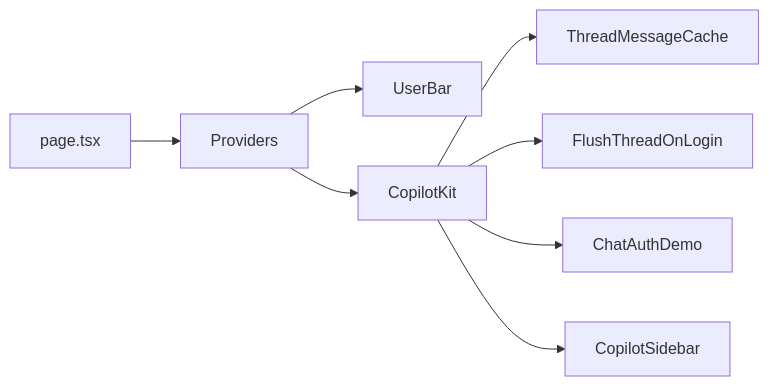
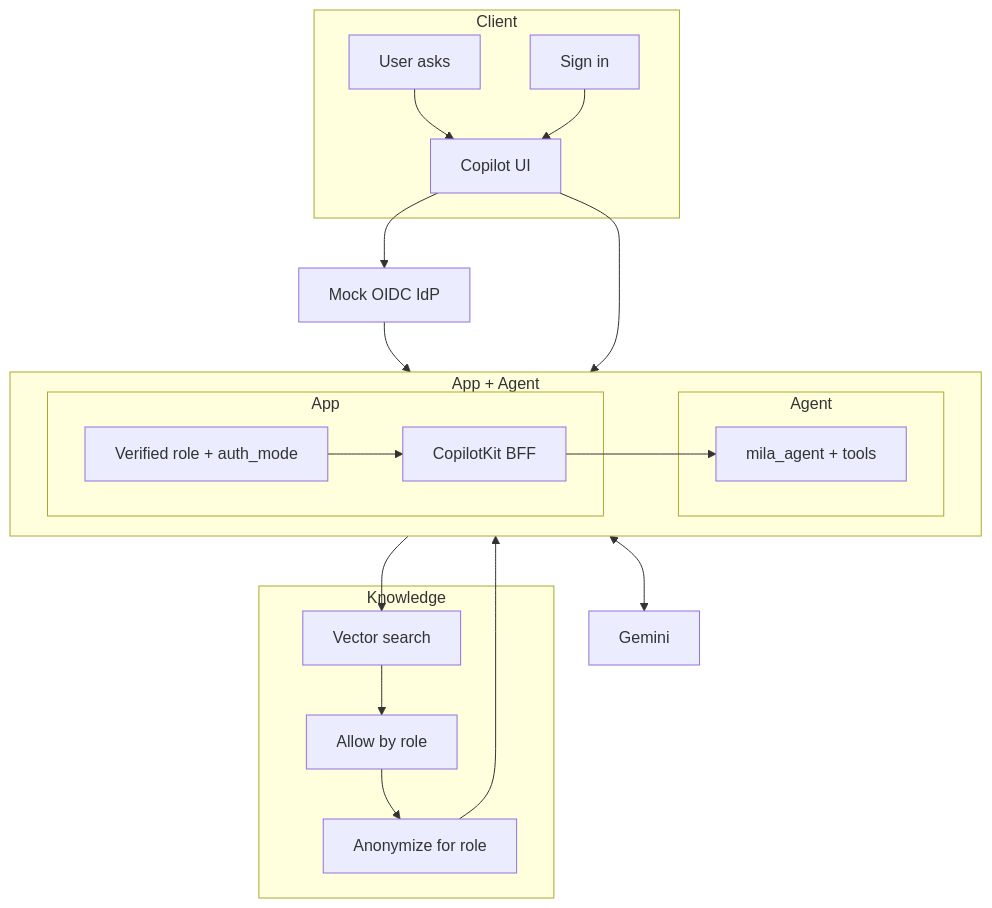
One commit to valeriangeny/mila-assistant changed the third of 3 diagrams in docs/architecture.md. Above: the diagram before and after it, drawn with Mermaid. The commit also changed other lines of this file, not shown here.

First line of the commit message:
Revise architecture documentation to clarify request path and system interactions.

````diff
--- a/docs/architecture.md
+++ b/docs/architecture.md
@@ -68,10 +62,40 @@
 ```mermaid
-flowchart LR
-  page[page.tsx] --> providers[Providers]
-  providers --> bar[UserBar]
-  providers --> ck[CopilotKit]
-  ck --> cache[ThreadMessageCache]
-  ck --> flush[FlushThreadOnLogin]
-  ck --> demo[ChatAuthDemo]
-  ck --> side[CopilotSidebar]
+flowchart TB
+  subgraph Client
+    CopilotUI[Copilot UI]
+    Ask[User asks]
+    SignIn[Sign in]
+  end
+
+  IdP[Mock OIDC IdP]
+
+  subgraph Runtime["App + Agent"]
+    direction LR
+    subgraph App
+      Session[Verified role + auth_mode]
+      CK[CopilotKit BFF]
+    end
+    subgraph Agent
+      Graph[mila_agent + tools]
+    end
+  end
+
+  subgraph Knowledge
+    Search[Vector search]
+    Gate[Allow by role]
+    Mask[Anonymize for role]
+  end
+
+  Model[Gemini]
+
+  Ask --> CopilotUI
+  SignIn --> CopilotUI
+  CopilotUI --> IdP
+  IdP --> Session
+  CopilotUI --> CK
+  Session --> CK
+  CK --> Graph
+  Graph --> Search
+  Search --> Gate --> Mask --> Graph
+  Graph <--> Model
 ```
````
